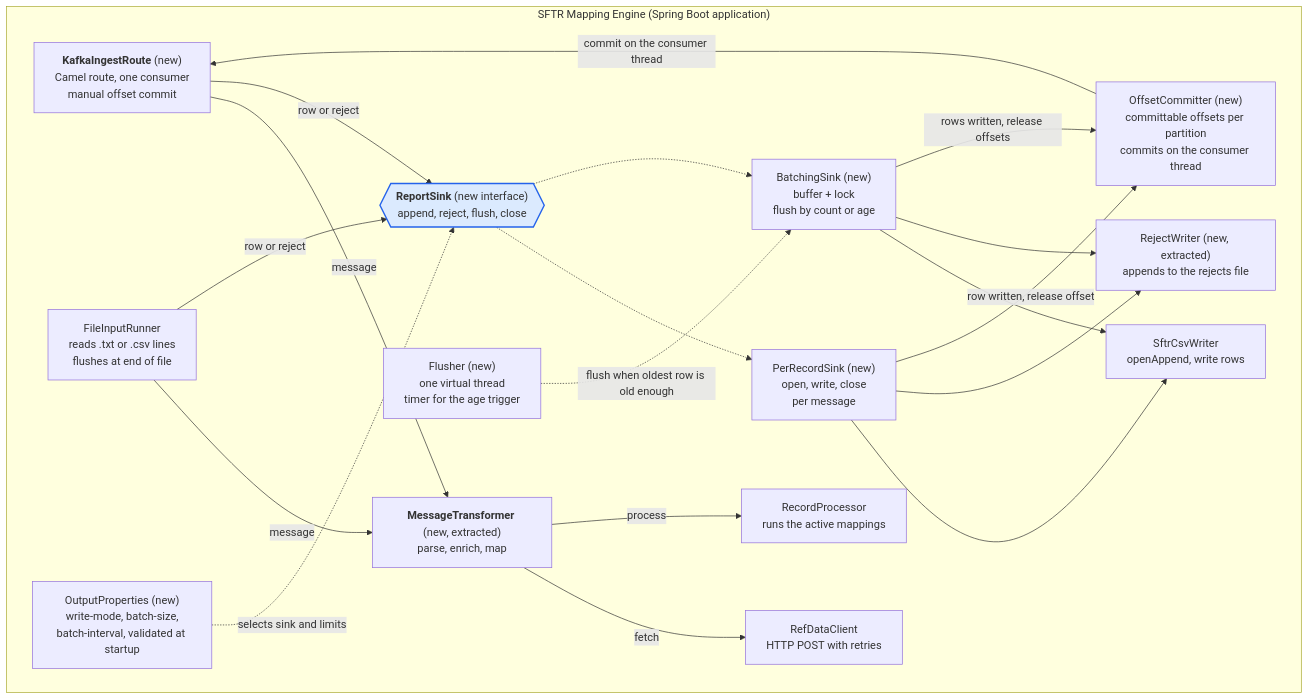
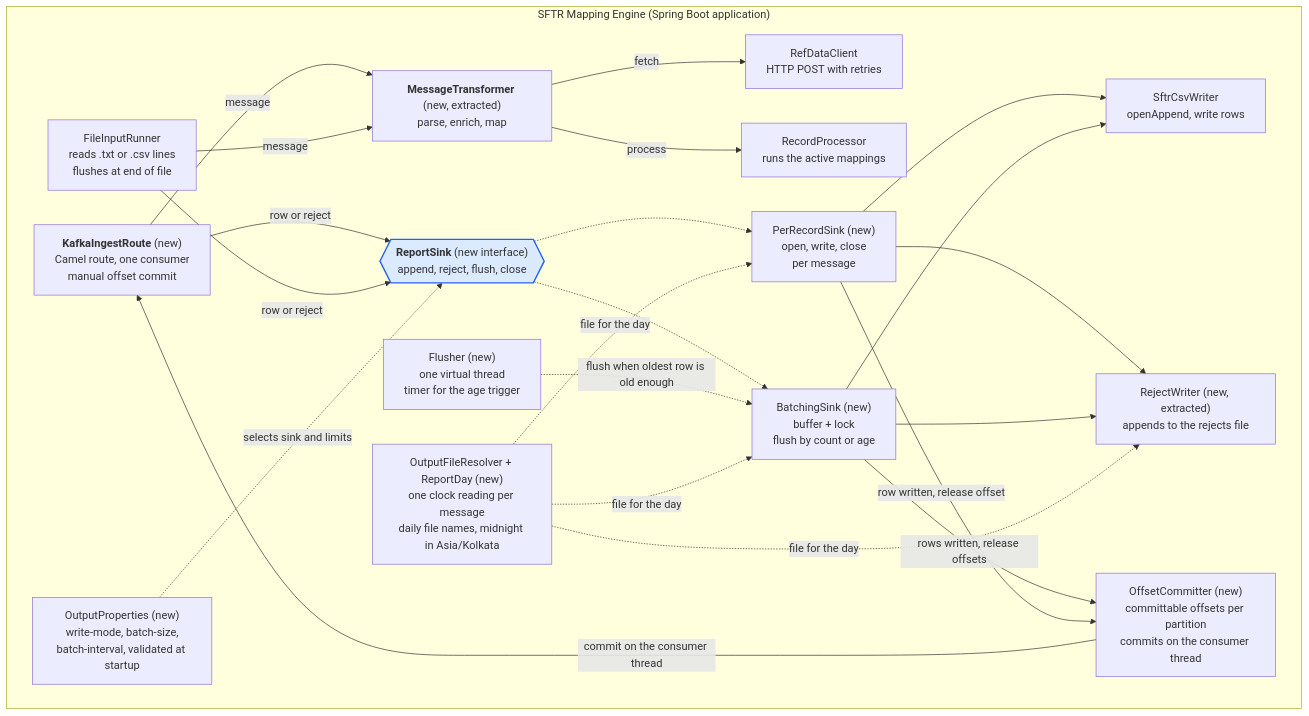
One commit to shanregs/msg-transformer changed the third of 7 diagrams in docs/c4-camel-batch-writer.md. Above: the diagram before and after it, drawn with Mermaid. The commit also changed 16 other files, not shown here.

First line of the commit message:
Step 3b: daily report and rejects files, one clock reading per message

````diff
--- a/docs/c4-camel-batch-writer.md
+++ b/docs/c4-camel-batch-writer.md
@@ -43,38 +43,42 @@
 ```mermaid
 flowchart TB
     subgraph engine["SFTR Mapping Engine (Spring Boot application)"]
         route["<b>KafkaIngestRoute</b> (new)<br/>Camel route, one consumer<br/>manual offset commit"]
         file["FileInputRunner<br/>reads .txt or .csv lines<br/>flushes at end of file"]
         tf["<b>MessageTransformer</b> (new, extracted)<br/>parse, enrich, map"]
         ref["RefDataClient<br/>HTTP POST with retries"]
         proc["RecordProcessor<br/>runs the active mappings"]
         sink{{"<b>ReportSink</b> (new interface)<br/>append, reject, flush, close"}}
         per["PerRecordSink (new)<br/>open, write, close<br/>per message"]
         batch["BatchingSink (new)<br/>buffer + lock<br/>flush by count or age"]
         timer["Flusher (new)<br/>one virtual thread<br/>timer for the age trigger"]
         rej["RejectWriter (new, extracted)<br/>appends to the rejects file"]
         csv["SftrCsvWriter<br/>openAppend, write rows"]
         commit["OffsetCommitter (new)<br/>committable offsets per partition<br/>commits on the consumer thread"]
+        files["OutputFileResolver + ReportDay (new)<br/>one clock reading per message<br/>daily file names, midnight in Asia/Kolkata"]
         props["OutputProperties (new)<br/>write-mode, batch-size,<br/>batch-interval, validated at startup"]
 
         route -->|message| tf
         file -->|message| tf
         tf -->|fetch| ref
         tf -->|process| proc
         route -->|row or reject| sink
         file -->|row or reject| sink
         sink -.-> per
         sink -.-> batch
         timer -.->|flush when oldest row is old enough| batch
         per --> csv
         batch --> csv
         per --> rej
         batch --> rej
         batch -->|rows written, release offsets| commit
         per -->|row written, release offset| commit
         commit -->|commit on the consumer thread| route
         props -.->|selects sink and limits| sink
+        files -.->|file for the day| per
+        files -.->|file for the day| batch
+        files -.->|file for the day| rej
     end
 
     style sink fill:#dbeafe,stroke:#2563eb,stroke-width:2px
 ```
````
